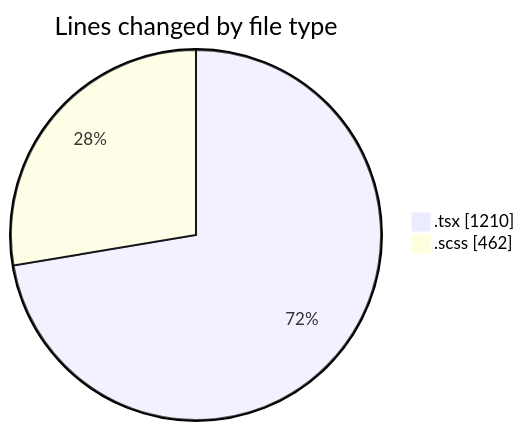
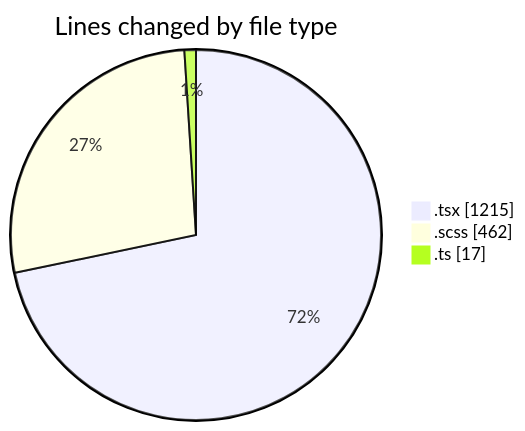
The first of 2 diagrams in 2026-08-26/cda/README.md (momahboobian/code-tracking), drawn with Mermaid before and after one commit. The commit also changed other lines of this file and 1 other file, not shown here.

````diff
--- a/2026-08-26/cda/README.md
+++ b/2026-08-26/cda/README.md
@@ -30,6 +32,7 @@
 ```mermaid
 pie showData
 title Lines changed by file type
-".tsx" : 1210
+".tsx" : 1215
 ".scss" : 462
+".ts" : 17
 ```
````
